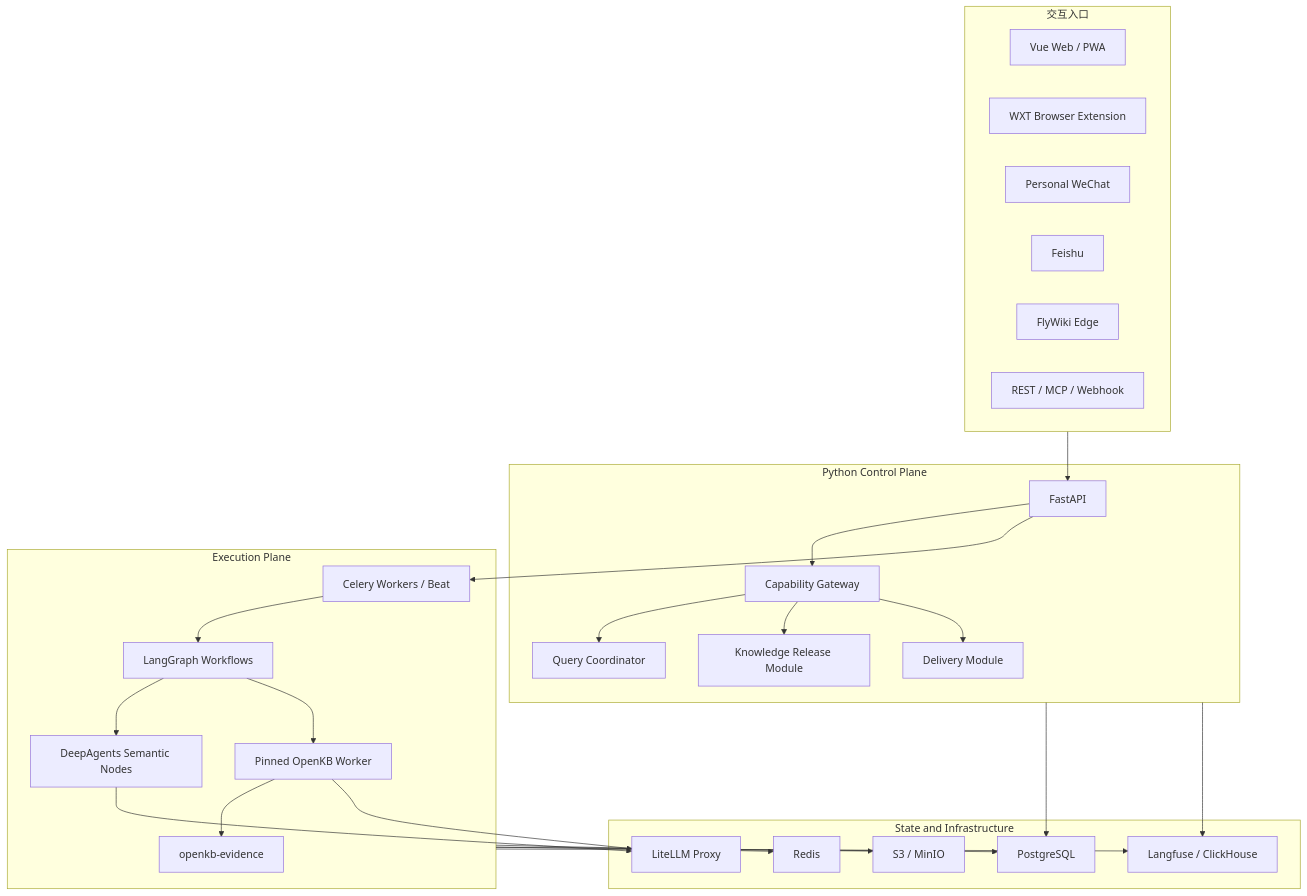
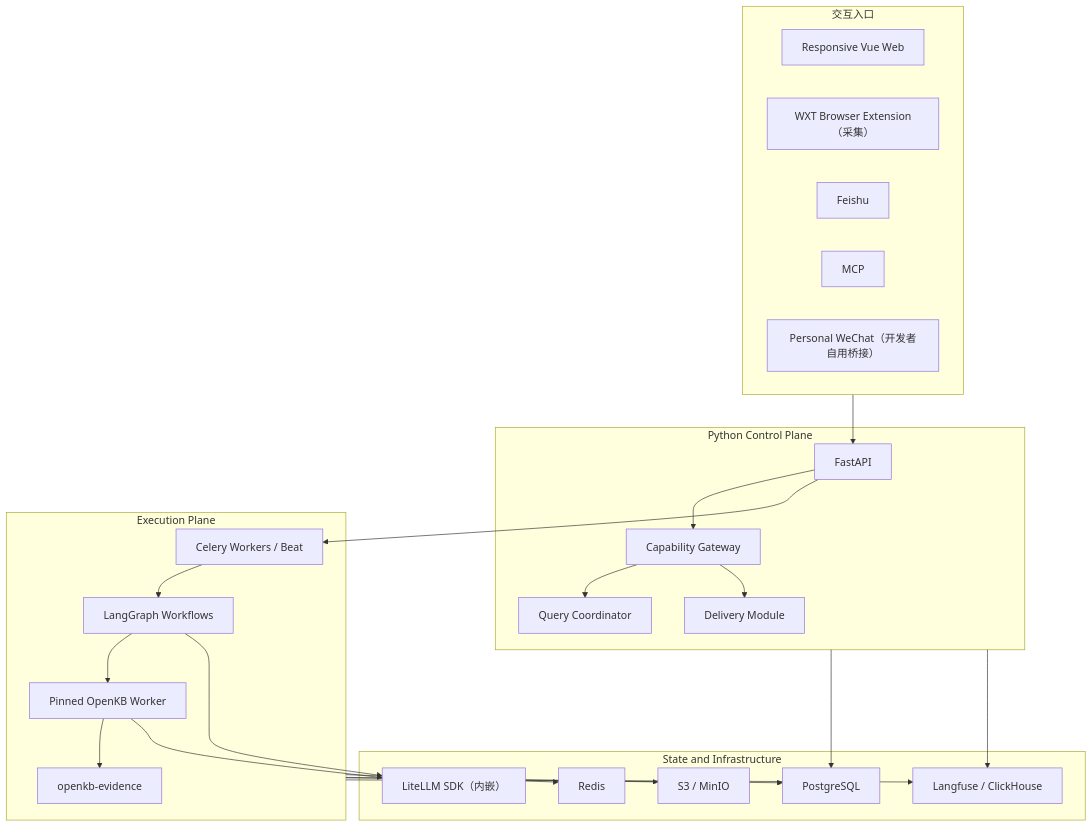
Before and after one commit to FlyAIBox/fly-wiki: the second of 2 diagrams in docs/product/一期产品与技术方案.md, drawn with Mermaid. The commit also changed other lines of this file and 15 other files, not shown here.

Commit message:
Add comprehensive documentation for FlyWiki, including product scenarios, feasibility reports, MVP plans, and strategic recommendations. This update establishes a foundation for user engagement and outlines the product's direction and validation strategies.

````diff
--- a/docs/product/一期产品与技术方案.md
+++ b/docs/product/一期产品与技术方案.md
@@ -228,54 +212,49 @@
 ```mermaid
 flowchart TB
     subgraph Clients["交互入口"]
-        WEB["Vue Web / PWA"]
-        EXT["WXT Browser Extension"]
-        WX["Personal WeChat"]
+        WEB["Responsive Vue Web"]
+        EXT["WXT Browser Extension（采集）"]
         FS["Feishu"]
-        EDGE["FlyWiki Edge"]
-        MCP["REST / MCP / Webhook"]
+        MCP["MCP"]
+        WX["Personal WeChat（开发者自用桥接）"]
     end
 
     subgraph Control["Python Control Plane"]
         API["FastAPI"]
         CG["Capability Gateway"]
         QC["Query Coordinator"]
-        RELEASE["Knowledge Release Module"]
         DELIVERY["Delivery Module"]
     end
 
     subgraph Workers["Execution Plane"]
         CELERY["Celery Workers / Beat"]
         GRAPH["LangGraph Workflows"]
-        AGENTS["DeepAgents Semantic Nodes"]
         OKB["Pinned OpenKB Worker"]
         EVIDENCE["openkb-evidence"]
     end
 
     subgraph Data["State and Infrastructure"]
         PG["PostgreSQL"]
         REDIS["Redis"]
         S3["S3 / MinIO"]
-        LLM["LiteLLM Proxy"]
+        LLM["LiteLLM SDK（内嵌）"]
         LF["Langfuse / ClickHouse"]
     end
 
     Clients --> API
     API --> CG
     CG --> QC
-    CG --> RELEASE
     CG --> DELIVERY
     API --> CELERY
     CELERY --> GRAPH
-    GRAPH --> AGENTS
     GRAPH --> OKB
     OKB --> EVIDENCE
     Control --> PG
     Workers --> PG
     Workers --> REDIS
     Workers --> S3
-    AGENTS --> LLM
+    GRAPH --> LLM
     OKB --> LLM
     Control --> LF
     Workers --> LF
 ```
````
